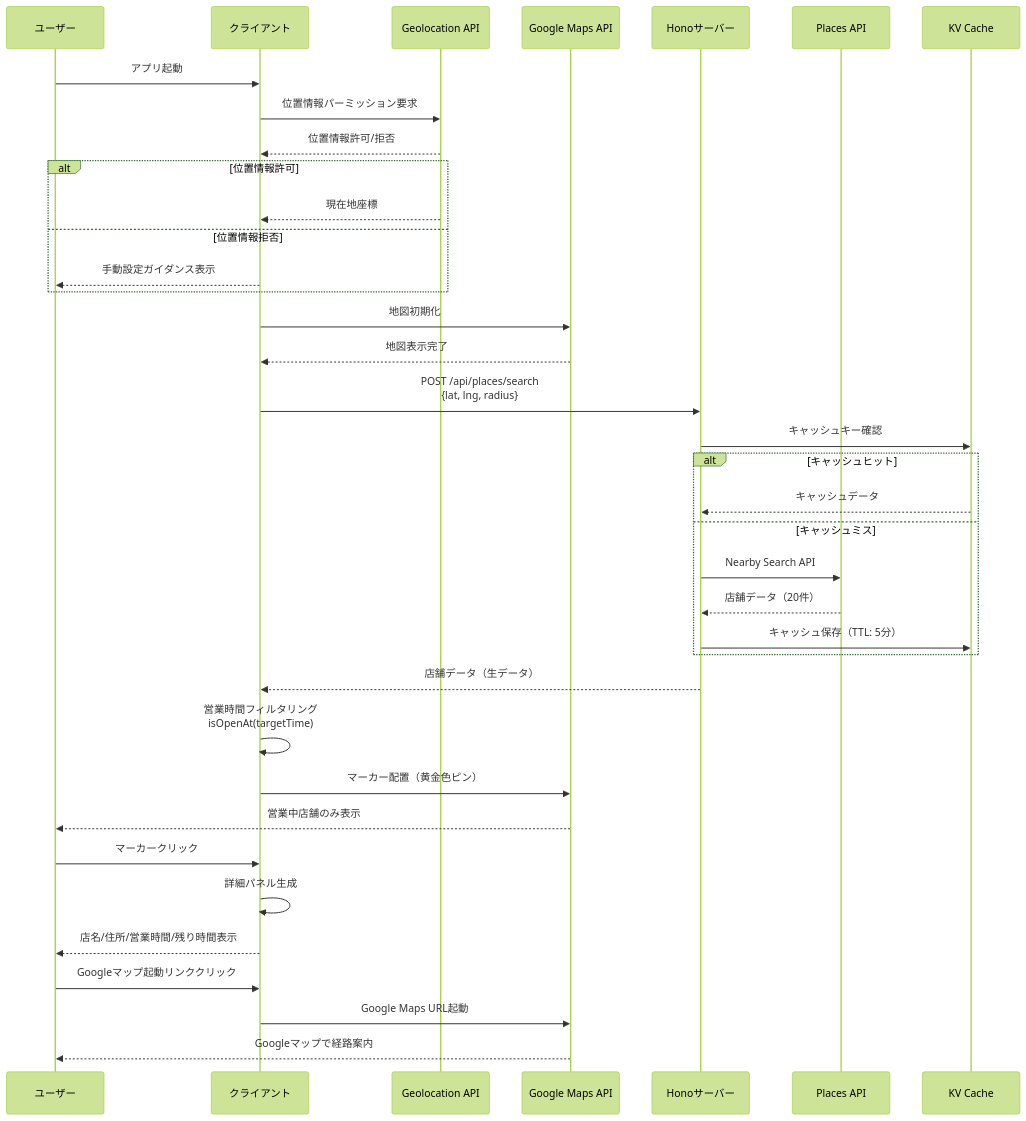
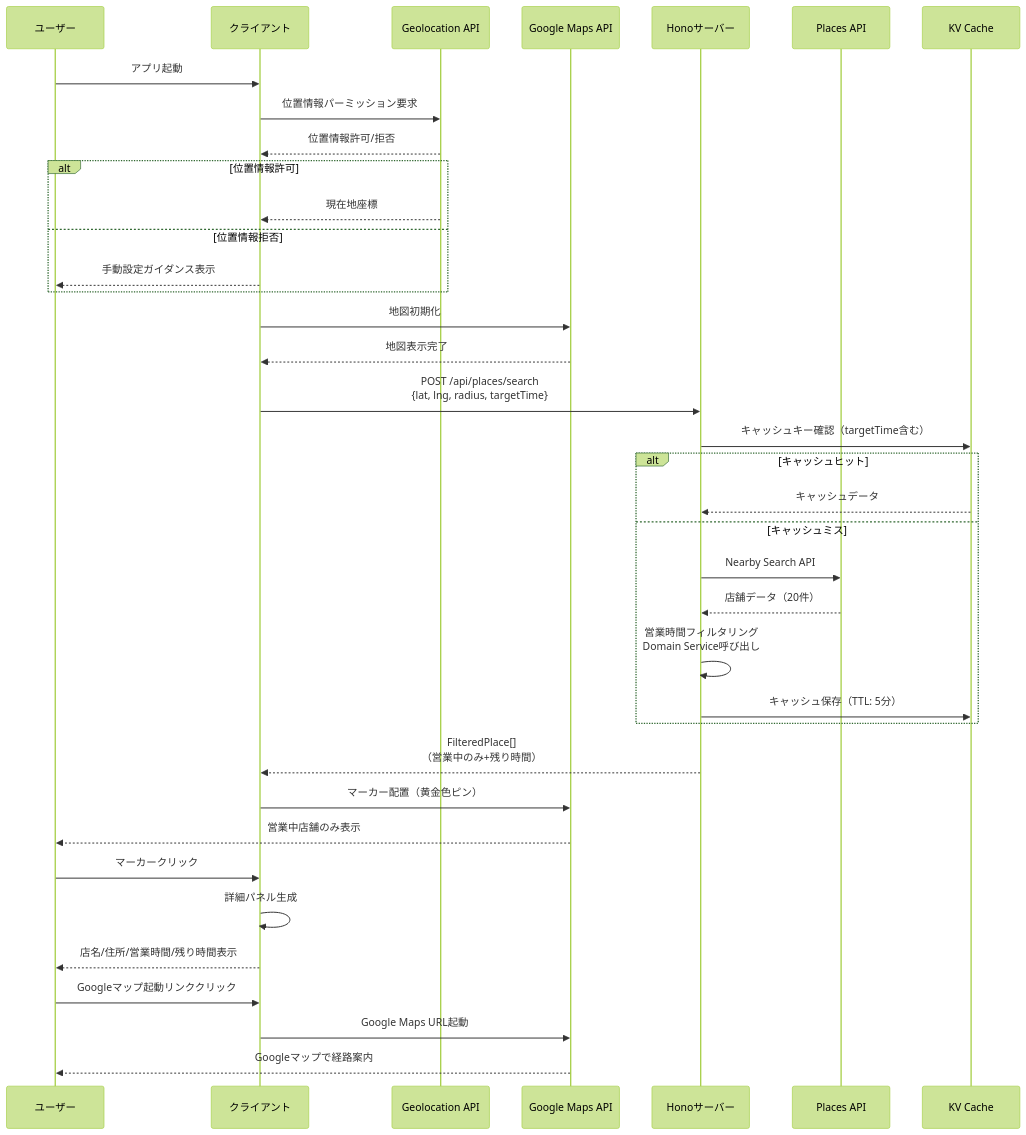
One commit to Suntory-Y-Water/yonayona-dinner changed the first of 2 diagrams in docs/design/design_システムフロー.md. Above: the diagram before and after it, drawn with Mermaid (forest theme). The commit also changed 14 other files, not shown here.

````diff
--- a/docs/design/design_システムフロー.md
+++ b/docs/design/design_システムフロー.md
@@ -7,47 +7,47 @@
 ```mermaid
 sequenceDiagram
     participant U as ユーザー
     participant C as クライアント
     participant G as Geolocation API
     participant M as Google Maps API
     participant S as Honoサーバー
     participant P as Places API
     participant K as KV Cache
 
     U->>C: アプリ起動
     C->>G: 位置情報パーミッション要求
     G-->>C: 位置情報許可/拒否
 
     alt 位置情報許可
         G-->>C: 現在地座標
     else 位置情報拒否
         C-->>U: 手動設定ガイダンス表示
     end
 
     C->>M: 地図初期化
     M-->>C: 地図表示完了
 
-    C->>S: POST /api/places/search<br/>{lat, lng, radius}
-    S->>K: キャッシュキー確認
+    C->>S: POST /api/places/search<br/>{lat, lng, radius, targetTime}
+    S->>K: キャッシュキー確認（targetTime含む）
 
     alt キャッシュヒット
         K-->>S: キャッシュデータ
     else キャッシュミス
         S->>P: Nearby Search API
         P-->>S: 店舗データ（20件）
+        S->>S: 営業時間フィルタリング<br/>Domain Service呼び出し
         S->>K: キャッシュ保存（TTL: 5分）
     end
 
-    S-->>C: 店舗データ（生データ）
-    C->>C: 営業時間フィルタリング<br/>isOpenAt(targetTime)
+    S-->>C: FilteredPlace[]<br/>（営業中のみ+残り時間）
     C->>M: マーカー配置（黄金色ピン）
     M-->>U: 営業中店舗のみ表示
 
     U->>C: マーカークリック
     C->>C: 詳細パネル生成
     C-->>U: 店名/住所/営業時間/残り時間表示
 
     U->>C: Googleマップ起動リンククリック
     C->>M: Google Maps URL起動
     M-->>U: Googleマップで経路案内
 ```
````
